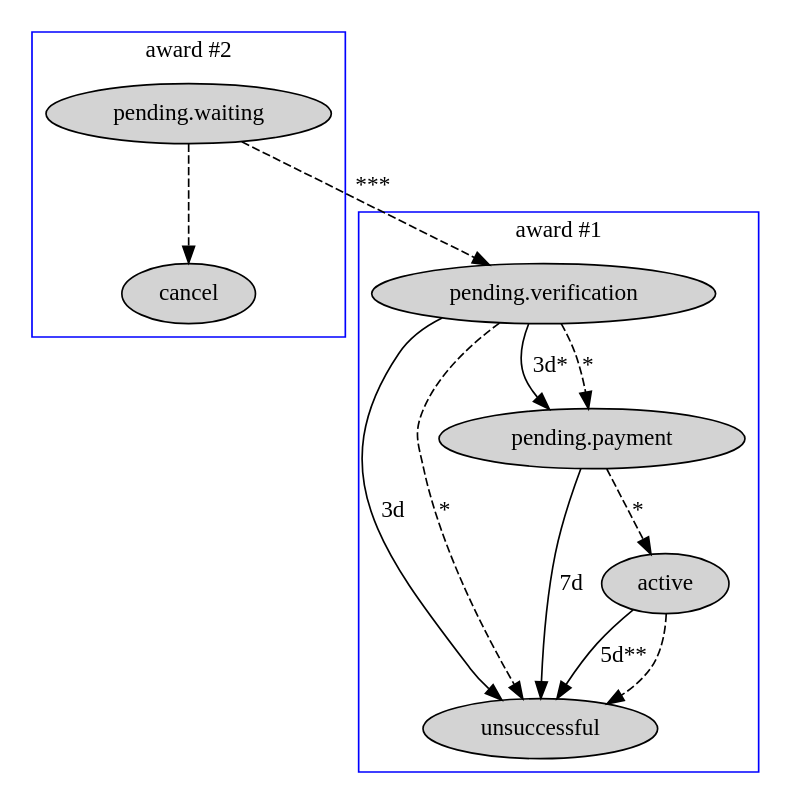
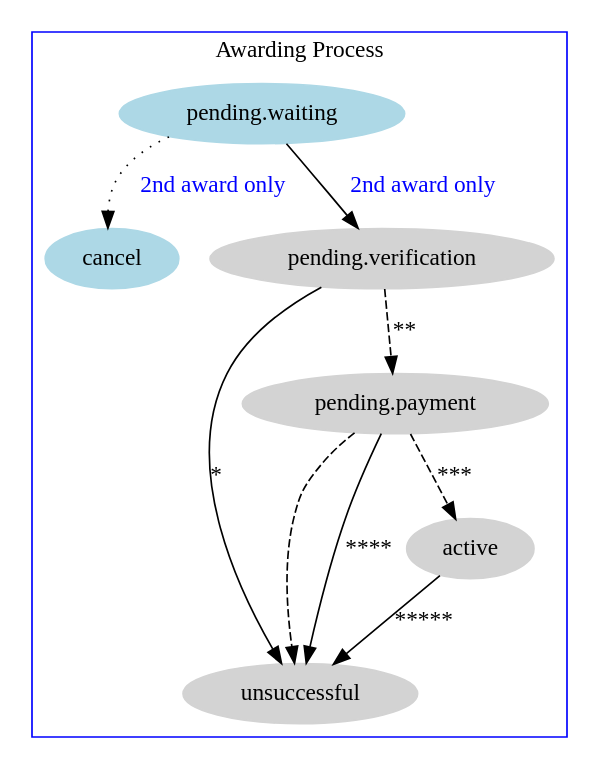
Before and after one commit to openprocurement/openprocurement.auctions.dgf: the diagram in docs/source/award_workflow.rst, drawn with Graphviz. The commit also changed other lines of this file and 1 other file, not shown here.

Commit message:
Docs: New Awarding 2.1 procedure description + graphviz + translation

```diff
--- a/docs/source/award_workflow.rst
+++ b/docs/source/award_workflow.rst
@@ -14,34 +15,28 @@
 .. graphviz::
 
     digraph G {
-        subgraph cluster_0 {
-            label = "award #2";
-            node [style=filled];
+        subgraph cluster_1 {
+            node [style=filled, color=lightblue];
+            edge[style=dotted];
+            "pending.waiting" -> cancel[label="2nd award only" fontcolor=blue];
+
+            node [style=filled, color=lightgrey];
+            edge[label="*" style=solid];
+            "pending.verification" -> unsuccessful;
+            edge[label="***" style=dashed];
+            "pending.payment" -> active;
+            edge[label="*****" style=filled];
+            "pending.waiting" -> "pending.verification"[label="2nd award only" fontcolor=blue];
+            label = "Awarding Process";
+            color=blue
+        }
             edge[style=dashed];
-		"pending.waiting" -> cancel;
-            color=blue
-	}
-	subgraph cluster_1 {
-		node [style=filled];
-            edge[label=" 3d"];
-            "pending.verification" -> unsuccessful;
-            edge[label="5d**"];
+            "pending.payment" -> "unsuccessful";
+            edge[label="****" style=solid];
+            "pending.payment" -> unsuccessful;
+            edge[label=" **" style=dashed];
+            "pending.verification" -> "pending.payment";
+            edge[label="*****" style=solid];
             active -> unsuccessful;
-            edge[label=" 3d*"];
-		"pending.verification" -> "pending.payment";
-            edge[label="*" style=dashed];
-            "pending.verification" -> "pending.payment"
-		label = "award #1";
-		color=blue
-	}
-            edge[style=dashed];
-            active -> unsuccessful;
-            edge[label="***"];
-	    "pending.waiting" -> "pending.verification";
-            edge[label="7d" style=solid];
-            "pending.payment" -> unsuccessful;
-            edge[label="*" style=dashed];
-            "pending.verification" -> unsuccessful;
-            edge[style=dashed];
-            "pending.payment" -> active;
+            
     }
```
